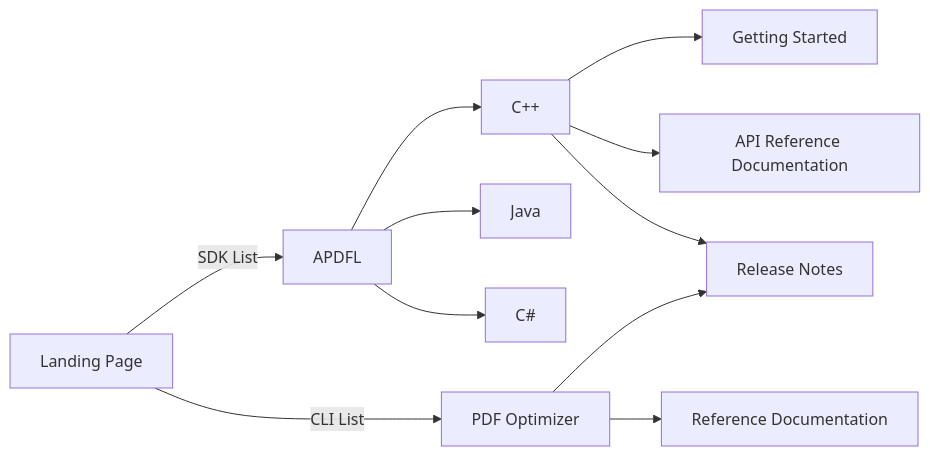
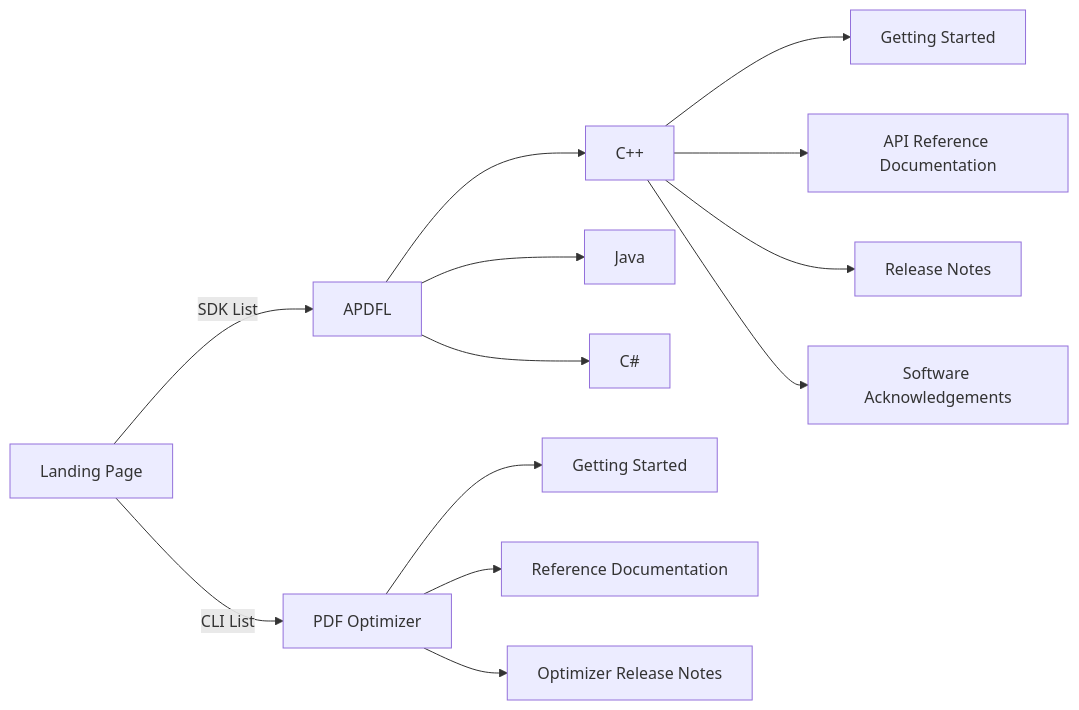
Before and after one commit to datalogics/datalogics.github.io: the diagram in README.md, drawn with Mermaid. The commit also changed other lines of this file, not shown here.

Commit message:
updated layout/links to add Sofrware Acknowldgements.

````diff
--- a/README.md
+++ b/README.md
@@ -5,13 +5,15 @@
 ```mermaid
 graph LR
 A[Landing Page] -- SDK List --> B[APDFL]
 A -- CLI List --> C[PDF Optimizer]
 B --> D[C++]
 B --> E[Java]
 B --> F[C#]
 C --> K[Getting Started]
 C --> H[Reference Documentation]
 D --> I[Getting Started]
 D --> J[API Reference Documentation]
-D --> K[Release Notes]
+D --> L[Release Notes]
+D --> N[Software Acknowledgements]
+C --> M[Optimizer Release Notes]
 ```
````
